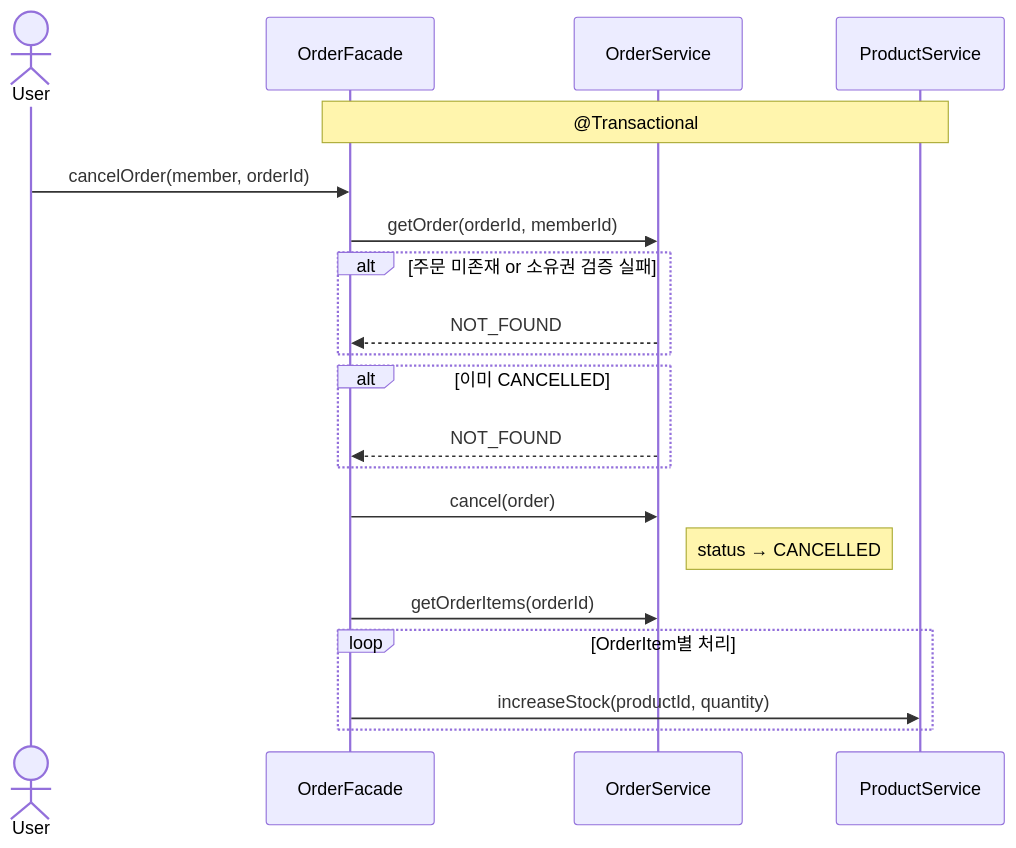
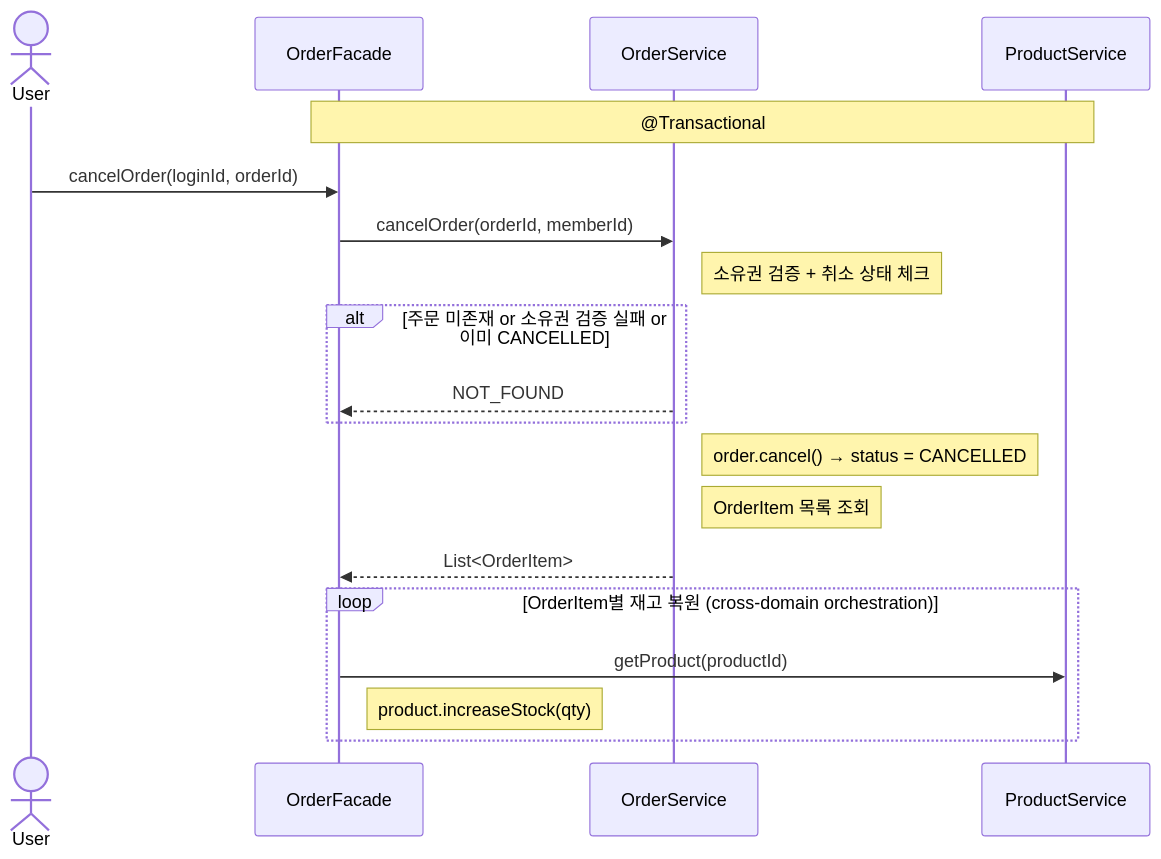
Before and after one commit to juoklee/loop-pack-be-l2-vol3-java: the sixth of 6 diagrams in docs/design/02-sequence-diagrams.md, drawn with Mermaid. The commit also changed other lines of this file and 3 other files, not shown here.

````diff
--- a/docs/design/02-sequence-diagrams.md
+++ b/docs/design/02-sequence-diagrams.md
@@ -210,28 +213,25 @@
 ```mermaid
 sequenceDiagram
     actor User
     participant Facade as OrderFacade
     participant OrderService
     participant ProductService
 
     Note over Facade, ProductService: @Transactional
 
-    User->>Facade: cancelOrder(member, orderId)
+    User->>Facade: cancelOrder(loginId, orderId)
 
-    Facade->>OrderService: getOrder(orderId, memberId)
-    alt 주문 미존재 or 소유권 검증 실패
+    Facade->>OrderService: cancelOrder(orderId, memberId)
+    Note right of OrderService: 소유권 검증 + 취소 상태 체크
+    alt 주문 미존재 or 소유권 검증 실패 or 이미 CANCELLED
         OrderService-->>Facade: NOT_FOUND
     end
-    alt 이미 CANCELLED
-        OrderService-->>Facade: NOT_FOUND
-    end
+    Note right of OrderService: order.cancel() → status = CANCELLED
+    Note right of OrderService: OrderItem 목록 조회
+    OrderService-->>Facade: List<OrderItem>
 
-    Facade->>OrderService: cancel(order)
-    Note right of OrderService: status → CANCELLED
-
-    Facade->>OrderService: getOrderItems(orderId)
-
-    loop OrderItem별 처리
-        Facade->>ProductService: increaseStock(productId, quantity)
+    loop OrderItem별 재고 복원 (cross-domain orchestration)
+        Facade->>ProductService: getProduct(productId)
+        Note right of Facade: product.increaseStock(qty)
     end
 ```
````
